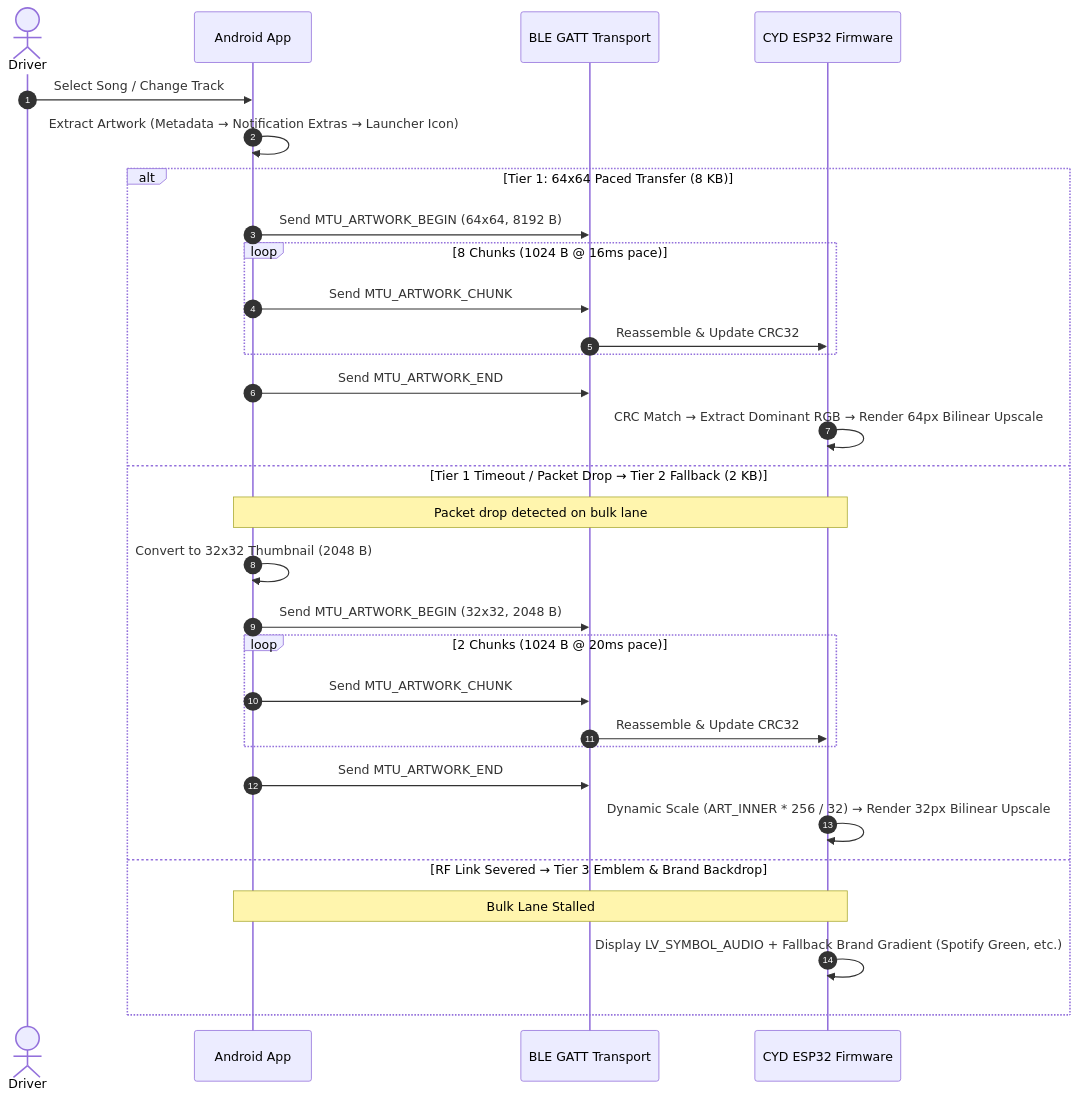
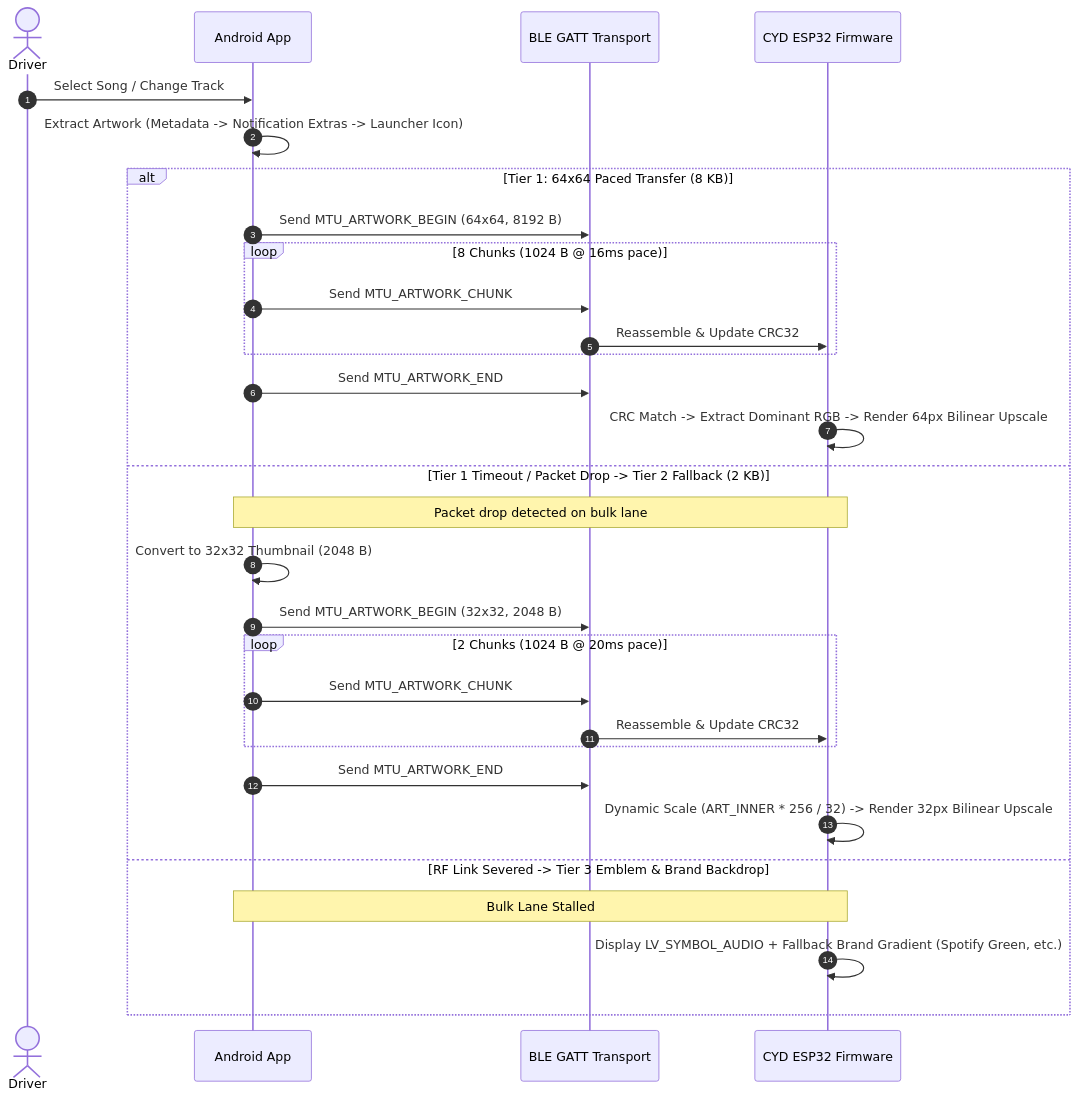
One commit to jashjain-1/CYD-Build changed the second of 2 diagrams in README.md. Above: the diagram before and after it, drawn with Mermaid. The commit also changed other lines of this file and 2 other files, not shown here.

Commit message:
fix(protocol,docs): sync fuzz bounds with 2048 B cap and fix mermaid/latex formatting

````diff
--- a/README.md
+++ b/README.md
@@ -107,33 +107,33 @@
 ```mermaid
 sequenceDiagram
     autonumber
     actor Driver
     participant Phone as Android App
     participant BLE as BLE GATT Transport
     participant HUD as CYD ESP32 Firmware
 
     Driver->>Phone: Select Song / Change Track
-    Phone->>Phone: Extract Artwork (Metadata → Notification Extras → Launcher Icon)
+    Phone->>Phone: Extract Artwork (Metadata -> Notification Extras -> Launcher Icon)
     alt Tier 1: 64x64 Paced Transfer (8 KB)
         Phone->>BLE: Send MTU_ARTWORK_BEGIN (64x64, 8192 B)
         loop 8 Chunks (1024 B @ 16ms pace)
             Phone->>BLE: Send MTU_ARTWORK_CHUNK
             BLE->>HUD: Reassemble & Update CRC32
         end
         Phone->>BLE: Send MTU_ARTWORK_END
-        HUD->>HUD: CRC Match → Extract Dominant RGB → Render 64px Bilinear Upscale
-    else Tier 1 Timeout / Packet Drop → Tier 2 Fallback (2 KB)
+        HUD->>HUD: CRC Match -> Extract Dominant RGB -> Render 64px Bilinear Upscale
+    else Tier 1 Timeout / Packet Drop -> Tier 2 Fallback (2 KB)
         Note over Phone,HUD: Packet drop detected on bulk lane
         Phone->>Phone: Convert to 32x32 Thumbnail (2048 B)
         Phone->>BLE: Send MTU_ARTWORK_BEGIN (32x32, 2048 B)
         loop 2 Chunks (1024 B @ 20ms pace)
             Phone->>BLE: Send MTU_ARTWORK_CHUNK
             BLE->>HUD: Reassemble & Update CRC32
         end
         Phone->>BLE: Send MTU_ARTWORK_END
-        HUD->>HUD: Dynamic Scale (ART_INNER * 256 / 32) → Render 32px Bilinear Upscale
-    else RF Link Severed → Tier 3 Emblem & Brand Backdrop
+        HUD->>HUD: Dynamic Scale (ART_INNER * 256 / 32) -> Render 32px Bilinear Upscale
+    else RF Link Severed -> Tier 3 Emblem & Brand Backdrop
         Note over Phone,HUD: Bulk Lane Stalled
         HUD->>HUD: Display LV_SYMBOL_AUDIO + Fallback Brand Gradient (Spotify Green, etc.)
     end
 ```
````
